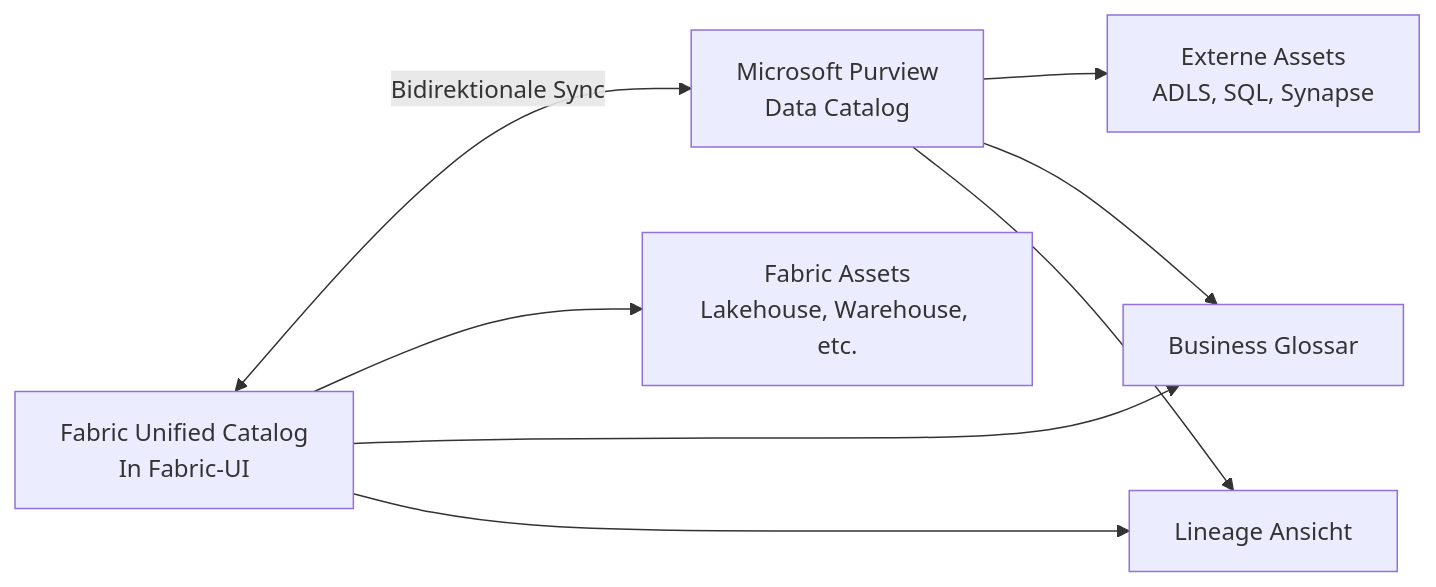
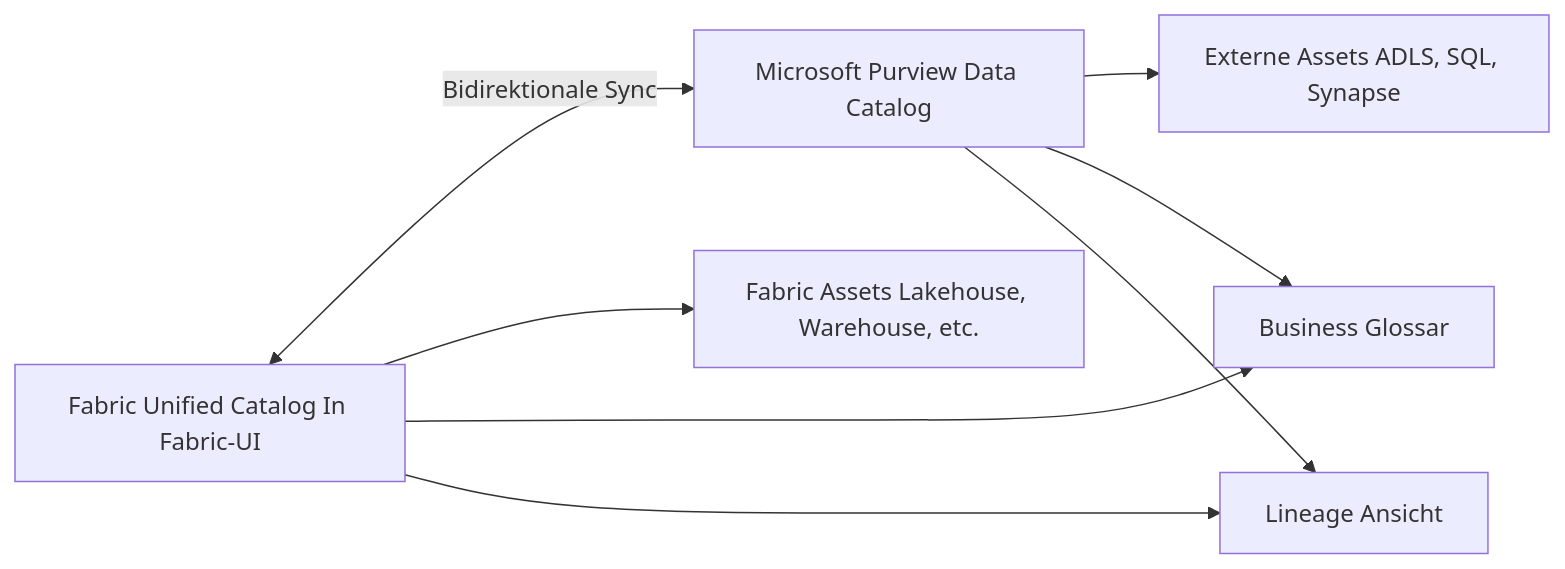
The seventh of 7 diagrams in Microsoft 365/Azure/Fabric/Microsoft Purview in Fabric.md (SoniiiT/notes-n-docs), drawn with Mermaid before and after one commit. The commit also changed other lines of this file and 124 other files, not shown here.

First line of the commit message:
fix: Entferne \n aus allen Mermaid-Diagrammen (125 Dateien)

````diff
--- a/Microsoft 365/Azure/Fabric/Microsoft Purview in Fabric.md
+++ b/Microsoft 365/Azure/Fabric/Microsoft Purview in Fabric.md
@@ -363,10 +363,10 @@
 ```mermaid
 graph LR
-    A[Fabric Unified Catalog\nIn Fabric-UI] <-->|Bidirektionale Sync| B[Microsoft Purview\nData Catalog]
-    A --> C[Fabric Assets\nLakehouse, Warehouse, etc.]
-    B --> D[Externe Assets\nADLS, SQL, Synapse]
+    A[Fabric Unified Catalog In Fabric-UI] <-->|Bidirektionale Sync| B[Microsoft Purview Data Catalog]
+    A --> C[Fabric Assets Lakehouse, Warehouse, etc.]
+    B --> D[Externe Assets ADLS, SQL, Synapse]
     A --> E[Business Glossar]
     B --> E
     A --> F[Lineage Ansicht]
     B --> F
 ```
````
